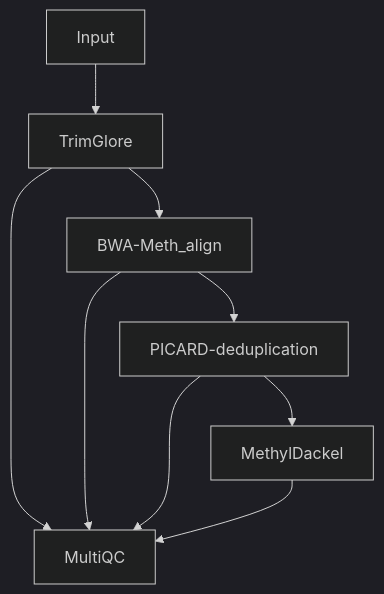
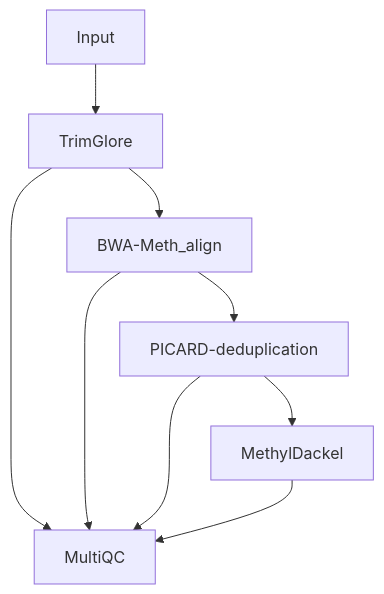
Before and after one commit to yxiangSG/nf_testdata: the diagram in README.md, drawn with Mermaid.

````diff
--- a/README.md
+++ b/README.md
@@ -3,14 +3,13 @@
 ```mermaid
- %%{init: {  'logLevel': 'debug', 'theme': 'dark'}  }%%
+ %%{init: { 'startOnLoad':true }%%
 graph TD;
-%%{config: { 'fontFamily': 'Menlo', 'fontSize': 30, 'fontWeight': 400, 'width' : 1600} }%%
-
+%%{config:{ 'flowchart' :{ 'diagramPadding': 20 } }%%
 Input-->TrimGlore;
 TrimGlore-->BWA-Meth_align;
 TrimGlore-->MultiQC;
 BWA-Meth_align-->MultiQC;
 BWA-Meth_align-->PICARD-deduplication;
 PICARD-deduplication-->MultiQC;
 PICARD-deduplication-->MethylDackel;
 MethylDackel-->MultiQC;
 ```
````
